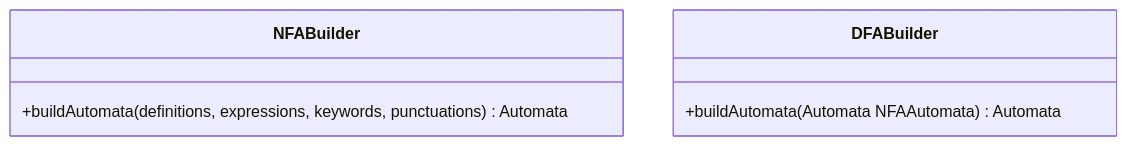
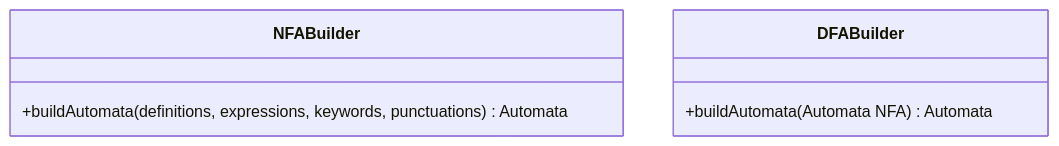
Before and after one commit to abderrahman504/Compilers-Project: the second of 2 diagrams in docs/LexicalAnalyzerGen.md, drawn with Mermaid. The commit also changed other lines of this file, not shown here.

Commit message:
Update Class diagrams

````diff
--- a/docs/LexicalAnalyzerGen.md
+++ b/docs/LexicalAnalyzerGen.md
@@ -69,14 +69,14 @@
 ```mermaid
 classDiagram
 	class NFABuilder{
 
 		+buildAutomata(definitions, expressions, keywords, punctuations) Automata
 	}
 
 
 	class DFABuilder{
-		+buildAutomata(Automata NFAAutomata) Automata
+		+buildAutomata(Automata NFA) Automata
 	}
 
 
 ```
````
